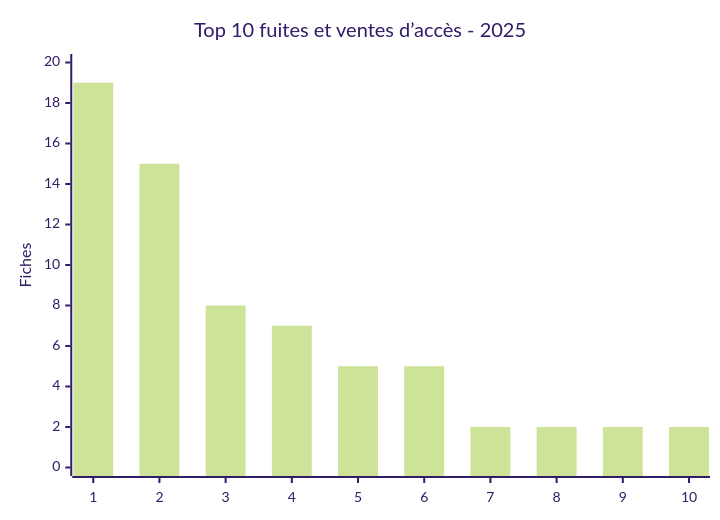
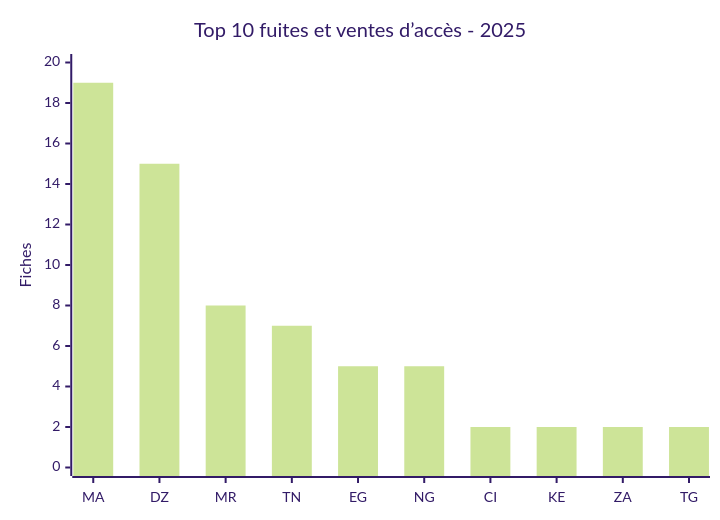
One commit to Hatchepsoute/AFRINTEL changed the sixth of 7 diagrams in CyberAttackAfrica/2025/README_FR.md. Above: the diagram before and after it, drawn with Mermaid (forest theme). The commit also changed other lines of this file and 112 other files, not shown here.

````diff
--- a/CyberAttackAfrica/2025/README_FR.md
+++ b/CyberAttackAfrica/2025/README_FR.md
@@ -185,7 +260,7 @@
 ```mermaid
 xychart-beta
     title "Top 10 fuites et ventes d’accès - 2025"
-    x-axis ["1","2","3","4","5","6","7","8","9","10"]
+    x-axis ["MA","DZ","MR","TN","EG","NG","CI","KE","ZA","TG"]
     y-axis "Fiches" 0 --> 20
     bar [19,15,8,7,5,5,2,2,2,2]
 ```
````
